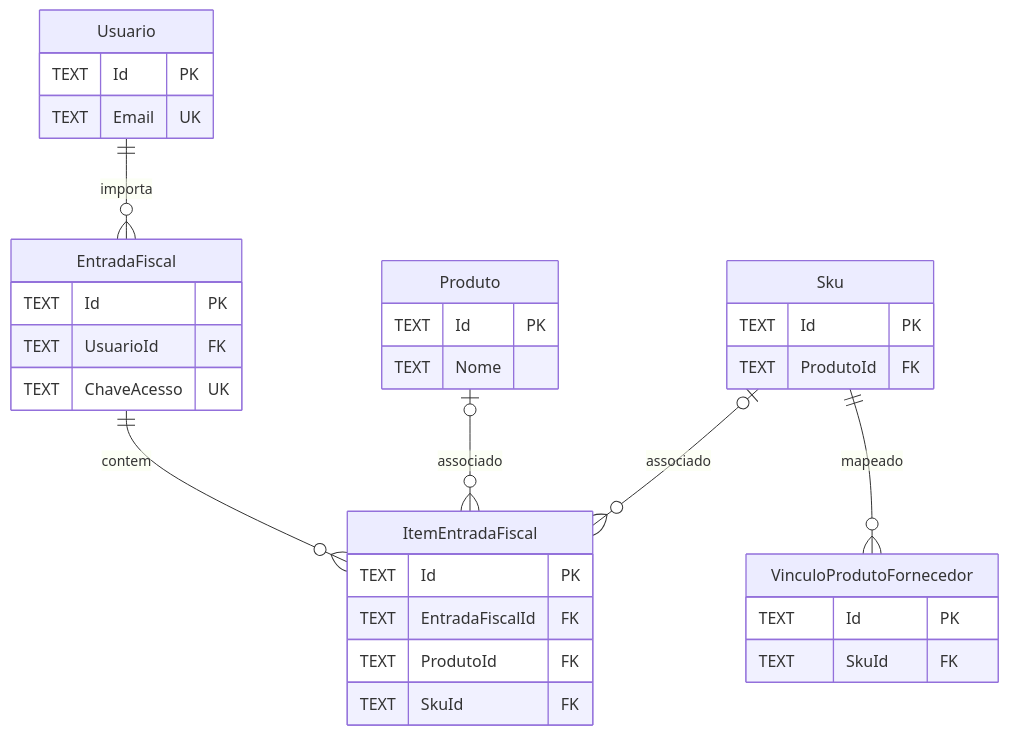
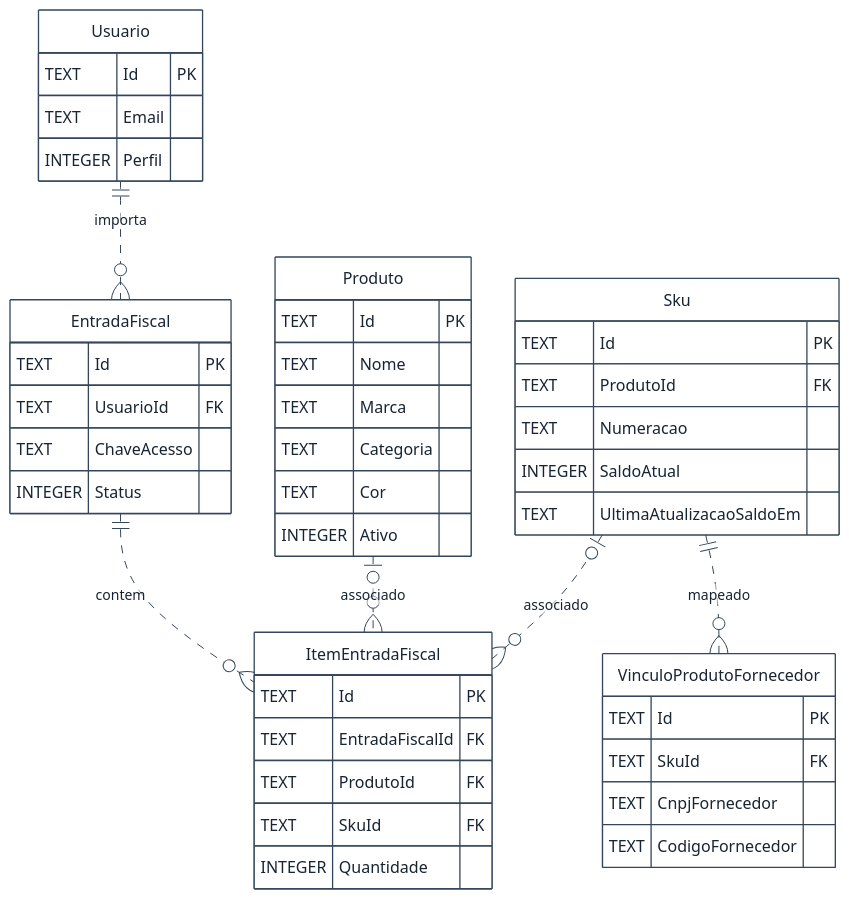
Before and after one commit to CodeWitch00/SQUAD-estoque: the diagram in docs/06-uml/der/der-entrada-fiscal.mmd, drawn with Mermaid. The commit also changed 18 other files, not shown here.

Commit message:
docs(uml): consolida diagramas e figuras da monografia

```diff
--- a/docs/06-uml/der/der-entrada-fiscal.mmd
+++ b/docs/06-uml/der/der-entrada-fiscal.mmd
@@ -1,34 +1,62 @@
+---
+config:
+  theme: base
+  themeVariables:
+    background: "#ffffff"
+    primaryColor: "#ffffff"
+    primaryTextColor: "#172434"
+    primaryBorderColor: "#34465b"
+    lineColor: "#34465b"
+    fontFamily: "Arial"
+  er:
+    layoutDirection: TB
+    nodeSpacing: 44
+    rankSpacing: 55
+    diagramPadding: 10
+---
 erDiagram
-    Usuario ||--o{ EntradaFiscal : importa
-    EntradaFiscal ||--o{ ItemEntradaFiscal : contem
-    Produto o|--o{ ItemEntradaFiscal : associado
-    Sku o|--o{ ItemEntradaFiscal : associado
-    Sku ||--o{ VinculoProdutoFornecedor : mapeado
+    Usuario ||..o{ EntradaFiscal : importa
+    EntradaFiscal ||..o{ ItemEntradaFiscal : contem
+    Produto o|..o{ ItemEntradaFiscal : associado
+    Sku o|..o{ ItemEntradaFiscal : associado
+    Sku ||..o{ VinculoProdutoFornecedor : mapeado
 
     Usuario {
         TEXT Id PK
-        TEXT Email UK
+        TEXT Email
+        INTEGER Perfil
     }
     EntradaFiscal {
         TEXT Id PK
         TEXT UsuarioId FK
-        TEXT ChaveAcesso UK
+        TEXT ChaveAcesso
+        INTEGER Status
     }
     ItemEntradaFiscal {
         TEXT Id PK
         TEXT EntradaFiscalId FK
         TEXT ProdutoId FK
         TEXT SkuId FK
+        INTEGER Quantidade
     }
     Produto {
         TEXT Id PK
         TEXT Nome
+        TEXT Marca
+        TEXT Categoria
+        TEXT Cor
+        INTEGER Ativo
     }
     Sku {
         TEXT Id PK
         TEXT ProdutoId FK
+        TEXT Numeracao
+        INTEGER SaldoAtual
+        TEXT UltimaAtualizacaoSaldoEm
     }
     VinculoProdutoFornecedor {
         TEXT Id PK
         TEXT SkuId FK
+        TEXT CnpjFornecedor
+        TEXT CodigoFornecedor
     }
```
